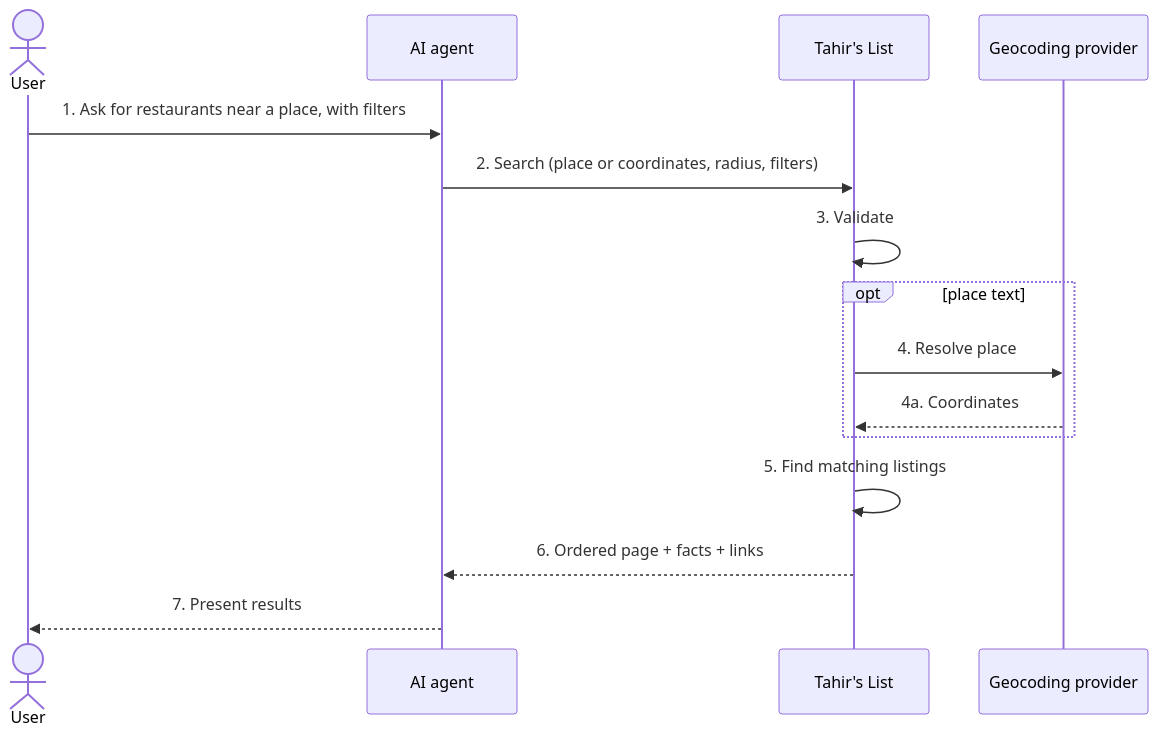
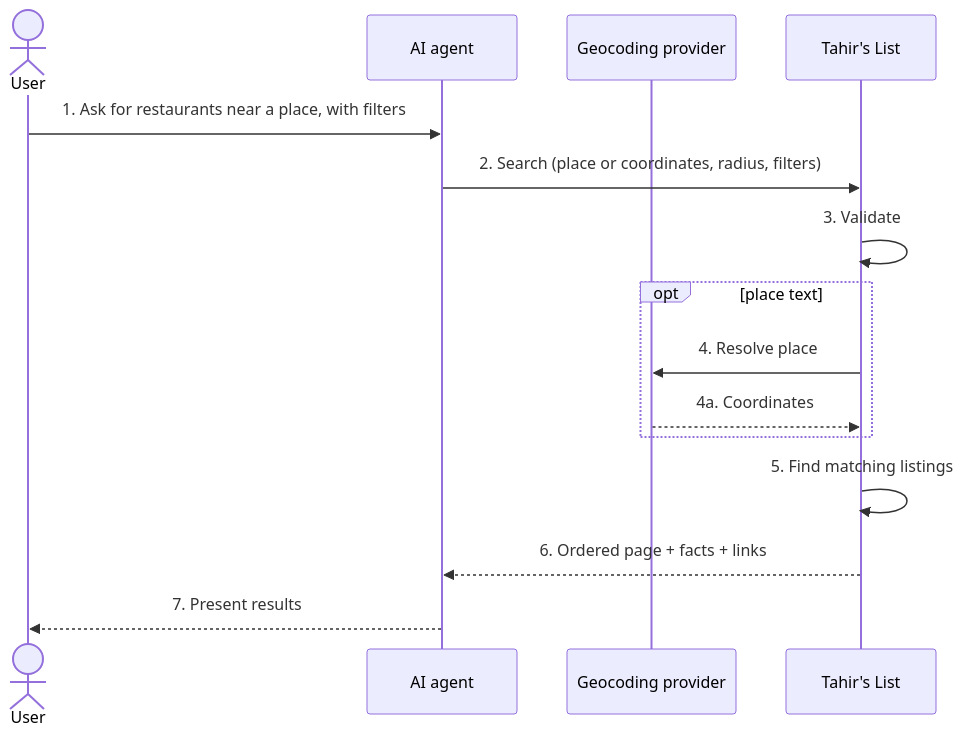
The first of 7 diagrams in docs/features/SC-209/04-blackbox/UC-01-search-restaurants.md (Losers-Lab/tahirs-list), drawn with Mermaid before and after one commit. The commit also changed other lines of this file and 4 other files, not shown here.

Commit message:
[SC-209] Show actors left and data sources in sequences

````diff
--- a/docs/features/SC-209/04-blackbox/UC-01-search-restaurants.md
+++ b/docs/features/SC-209/04-blackbox/UC-01-search-restaurants.md
@@ -6,17 +6,17 @@
 ```mermaid
 sequenceDiagram
     actor U as User
     participant AG as AI agent
+    participant GEO as Geocoding provider
     participant TL as Tahir's List
-    participant GEO as Geocoding provider
     U->>AG: 1. Ask for restaurants near a place, with filters
     AG->>TL: 2. Search (place or coordinates, radius, filters)
     TL->>TL: 3. Validate
     opt place text
         TL->>GEO: 4. Resolve place
         GEO-->>TL: 4a. Coordinates
     end
     TL->>TL: 5. Find matching listings
     TL-->>AG: 6. Ordered page + facts + links
     AG-->>U: 7. Present results
 ```
````
